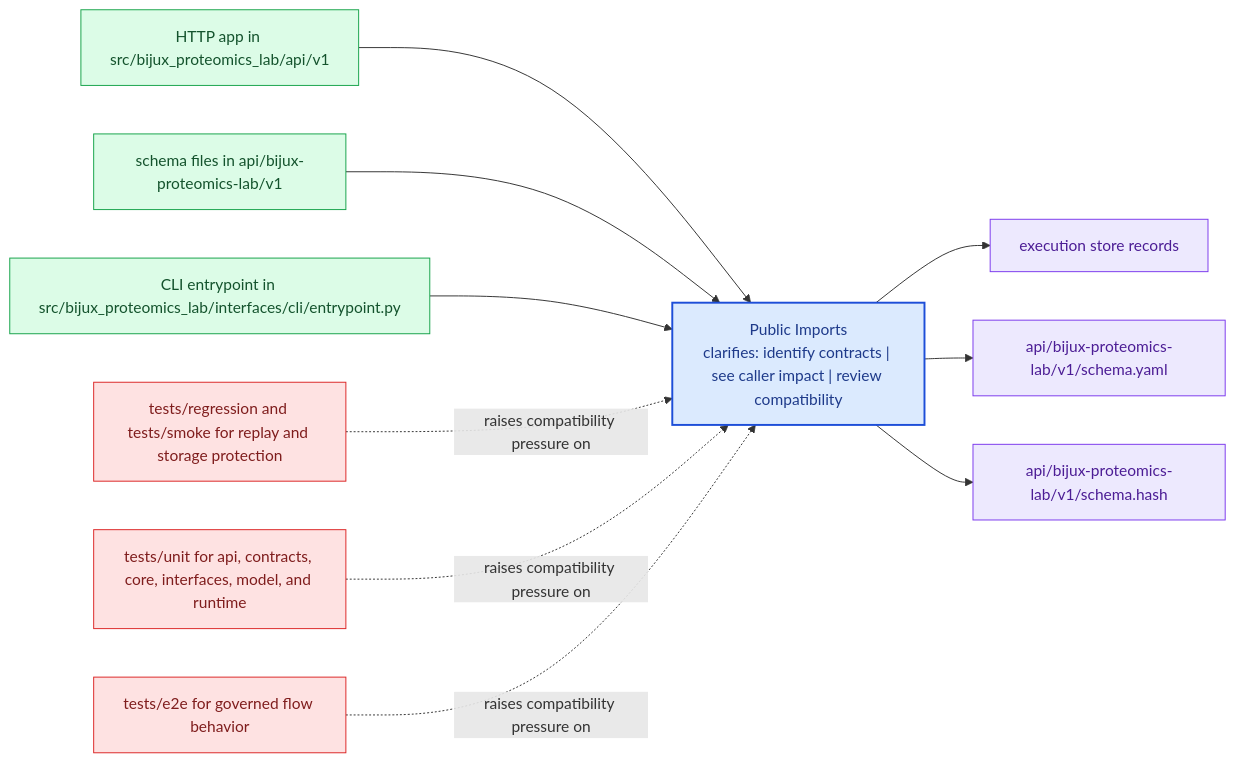
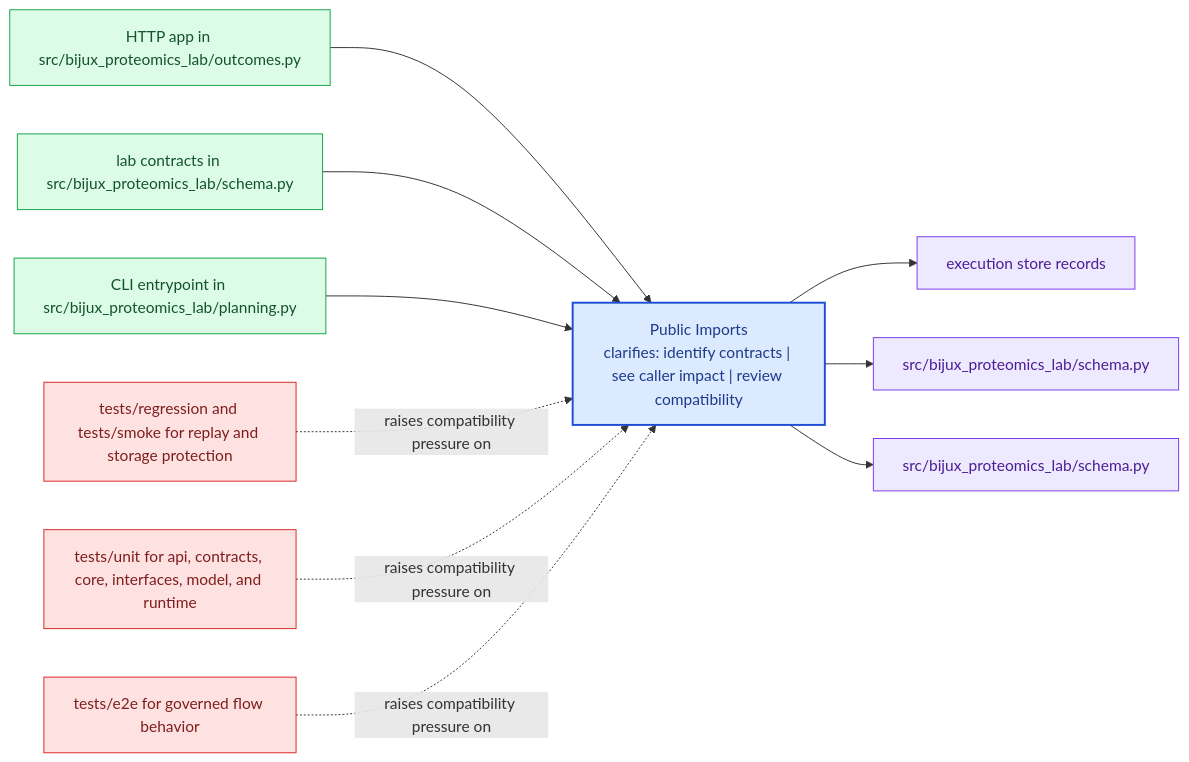
The diagram in docs/bijux-proteomics-lab/interfaces/public-imports.md (bijux/bijux-proteomics), drawn with Mermaid before and after one commit. The commit also changed other lines of this file and 24 other files, not shown here.

Commit message:
docs(bijux-proteomics-lab): align handbook with assay planning and outcome loops

````diff
--- a/docs/bijux-proteomics-lab/interfaces/public-imports.md
+++ b/docs/bijux-proteomics-lab/interfaces/public-imports.md
@@ -23,31 +23,31 @@
 ```mermaid
 flowchart LR
     page["Public Imports<br/>clarifies: identify contracts | see caller impact | review compatibility"]
     classDef page fill:#dbeafe,stroke:#1d4ed8,color:#1e3a8a,stroke-width:2px;
     classDef positive fill:#dcfce7,stroke:#16a34a,color:#14532d;
     classDef caution fill:#fee2e2,stroke:#dc2626,color:#7f1d1d;
     classDef anchor fill:#ede9fe,stroke:#7c3aed,color:#4c1d95;
     classDef action fill:#fef3c7,stroke:#d97706,color:#7c2d12;
-    surface1["HTTP app in src/bijux_proteomics_lab/api/v1"]
+    surface1["HTTP app in src/bijux_proteomics_lab/outcomes.py"]
     surface1 --> page
-    surface2["schema files in api/bijux-proteomics-lab/v1"]
+    surface2["lab contracts in src/bijux_proteomics_lab/schema.py"]
     surface2 --> page
-    surface3["CLI entrypoint in src/bijux_proteomics_lab/interfaces/cli/entrypoint.py"]
+    surface3["CLI entrypoint in src/bijux_proteomics_lab/planning.py"]
     surface3 --> page
     proof1["execution store records"]
     page --> proof1
-    proof2["api/bijux-proteomics-lab/v1/schema.yaml"]
+    proof2["src/bijux_proteomics_lab/schema.py"]
     page --> proof2
-    proof3["api/bijux-proteomics-lab/v1/schema.hash"]
+    proof3["src/bijux_proteomics_lab/schema.py"]
     page --> proof3
     review1["tests/regression and tests/smoke for replay and storage protection"]
     review1 -.raises compatibility pressure on.-> page
     review2["tests/unit for api, contracts, core, interfaces, model, and runtime"]
     review2 -.raises compatibility pressure on.-> page
     review3["tests/e2e for governed flow behavior"]
     review3 -.raises compatibility pressure on.-> page
     class page page;
     class surface1,surface2,surface3 positive;
     class proof1,proof2,proof3 anchor;
     class review1,review2,review3 caution;
 ```
````
